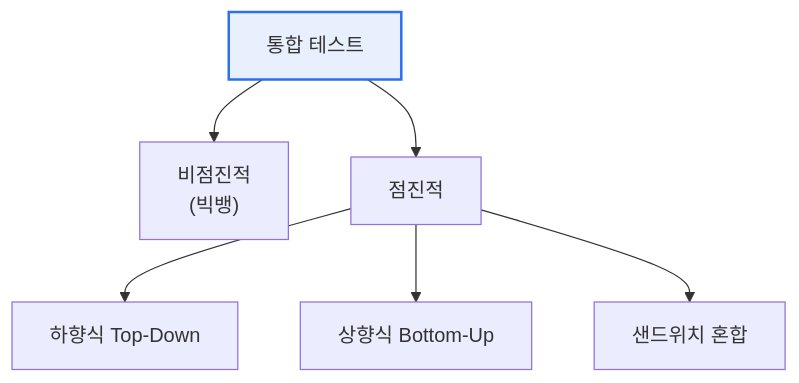
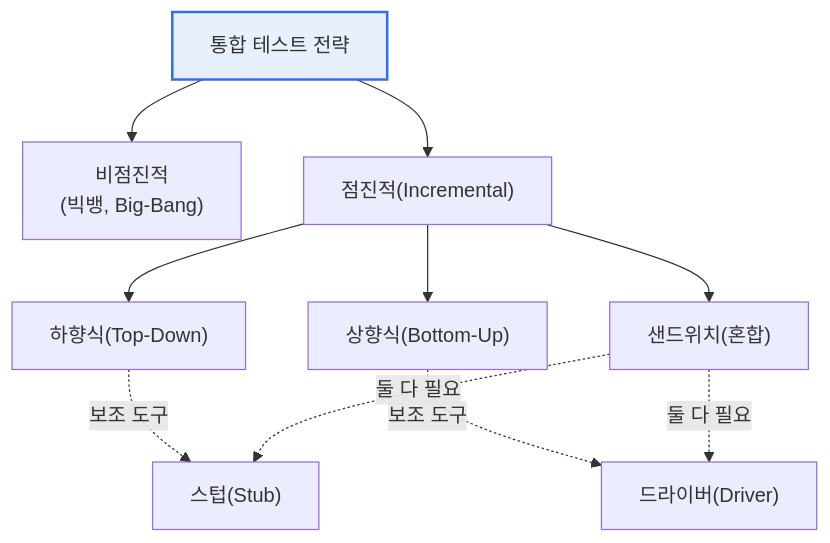
Before and after one commit to coninggu/wjdqhrhksflrltnftk: the first of 2 diagrams in content/integration-test.md, drawn with Mermaid. The commit also changed other lines of this file and 3 other files, not shown here.

````diff
--- a/content/integration-test.md
+++ b/content/integration-test.md
@@ -15,9 +21,13 @@
 ```mermaid
 flowchart TB
-  I[통합 테스트] --> N["비점진적<br/>(빅뱅)"]
-  I --> P[점진적]
-  P --> P1[하향식 Top-Down]
-  P --> P2[상향식 Bottom-Up]
-  P --> P3[샌드위치 혼합]
+  I["통합 테스트 전략"] --> N["비점진적<br/>(빅뱅, Big-Bang)"]
+  I --> P["점진적(Incremental)"]
+  P --> P1["하향식(Top-Down)"]
+  P --> P2["상향식(Bottom-Up)"]
+  P --> P3["샌드위치(혼합)"]
+  P1 -.보조 도구.-> S["스텁(Stub)"]
+  P2 -.보조 도구.-> D["드라이버(Driver)"]
+  P3 -.둘 다 필요.-> S
+  P3 -.둘 다 필요.-> D
   style I fill:#e8f0fe,stroke:#2f6fed,stroke-width:2px
 ```
````
